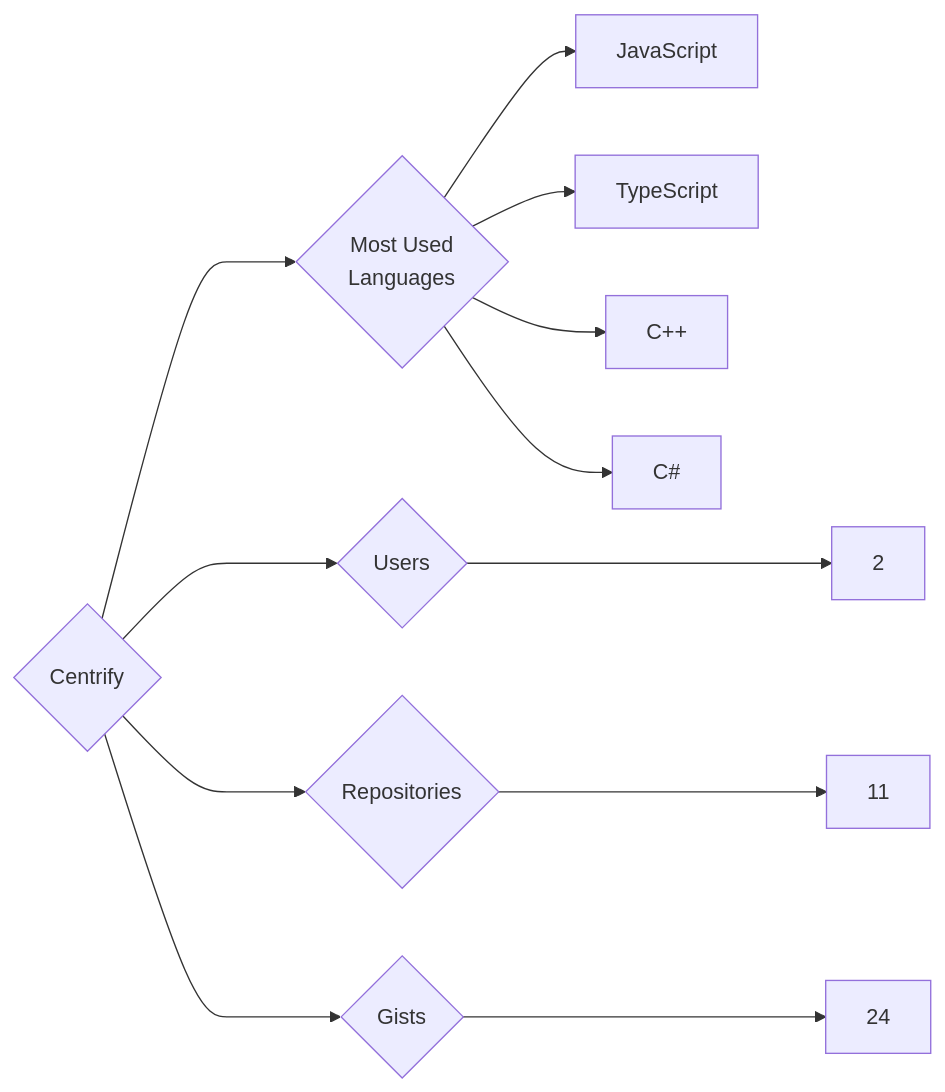
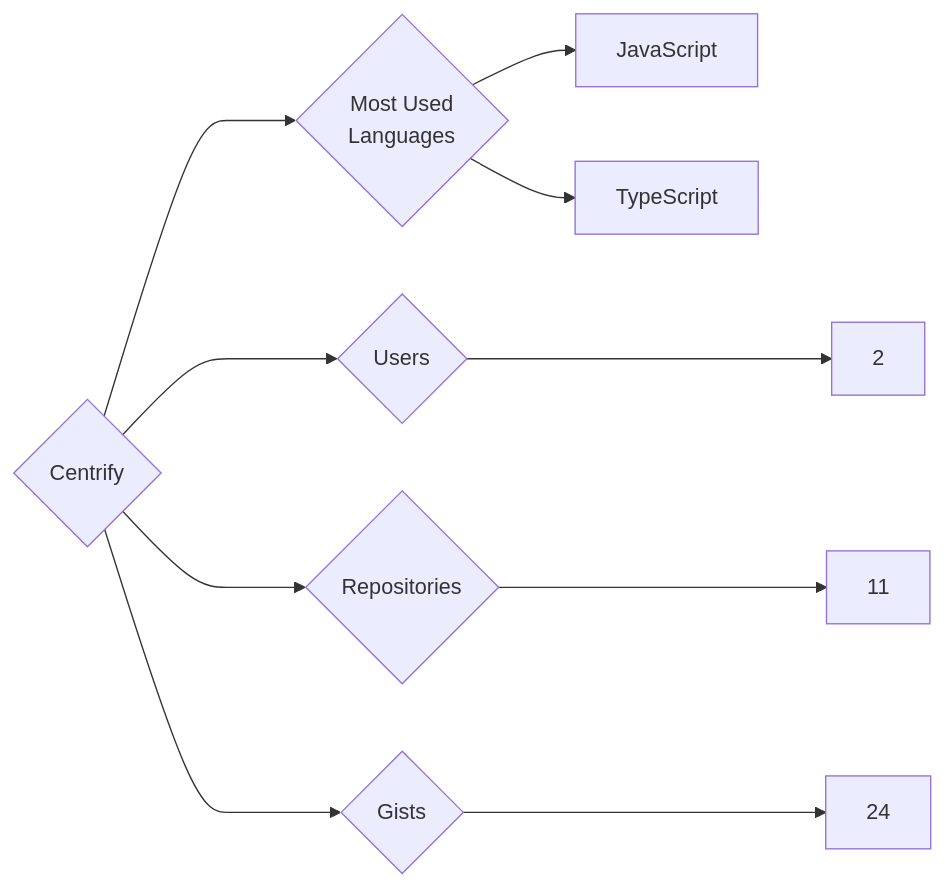
Before and after one commit to trickest/insiders: the diagram in targets/Centrify/README.md, drawn with Mermaid. The commit also changed 752 other files, not shown here.

````diff
--- a/targets/Centrify/README.md
+++ b/targets/Centrify/README.md
@@ -3,12 +3,10 @@
 ```mermaid
 graph LR
 COMPANY_NAME{Centrify}
 COMPANY_NAME ---> U{Users} ---> UN[2]
 COMPANY_NAME ---> R{Repositories} ---> RN[11]
 COMPANY_NAME ---> G{Gists} ---> GN[24]
 COMPANY_NAME ---> ML{Most Used<br>Languages}
 ML --> JavaScript[JavaScript]
 ML --> TypeScript[TypeScript]
-ML --> C++[C++]
-ML --> C#[C#]
 ```
````
